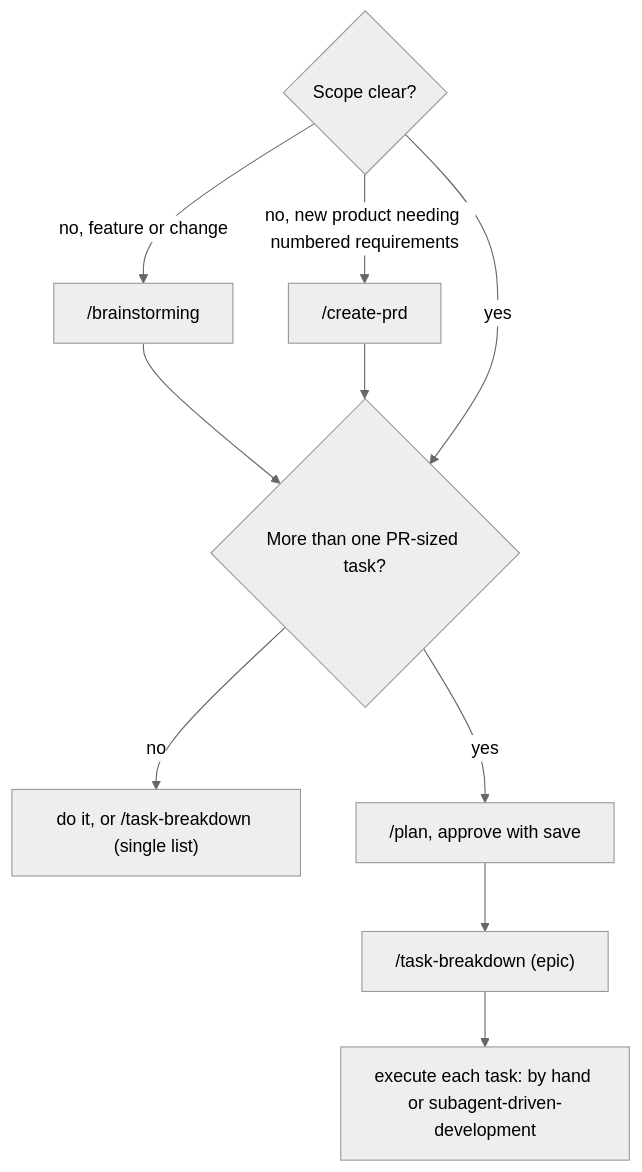
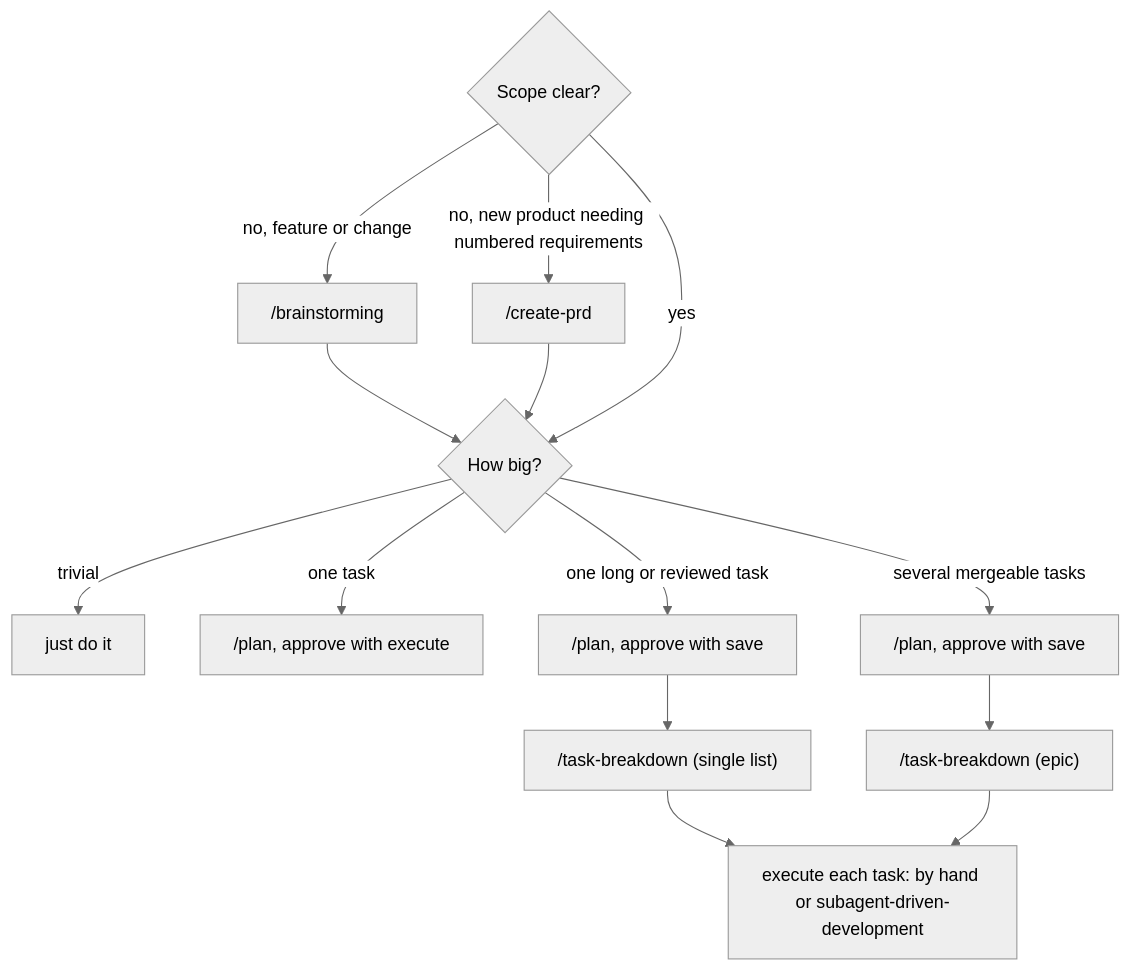
Before and after one commit to ton-anywhere/my-favorite-prompts: the diagram in docs/using-skills.md, drawn with Mermaid (neutral theme). The commit also changed other lines of this file, not shown here.

Commit message:
docs(using-skills): add /plan execute path for single tasks

````diff
--- a/docs/using-skills.md
+++ b/docs/using-skills.md
@@ -14,8 +23,10 @@
 ```mermaid
 flowchart TD
   A{"Scope clear?"} -->|"no, feature or change"| BR["/brainstorming"] --> B
   A -->|"no, new product needing numbered requirements"| PRD["/create-prd"] --> B
-  A -->|yes| B{"More than one PR-sized task?"}
-  B -->|no| S["do it, or /task-breakdown (single list)"]
-  B -->|yes| P["/plan, approve with save"] --> E["/task-breakdown (epic)"] --> X["execute each task: by hand or subagent-driven-development"]
+  A -->|yes| B{"How big?"}
+  B -->|trivial| D["just do it"]
+  B -->|"one task"| P1["/plan, approve with execute"]
+  B -->|"one long or reviewed task"| P2["/plan, approve with save"] --> S["/task-breakdown (single list)"] --> X
+  B -->|"several mergeable tasks"| P3["/plan, approve with save"] --> E["/task-breakdown (epic)"] --> X["execute each task: by hand or subagent-driven-development"]
 ```
````
